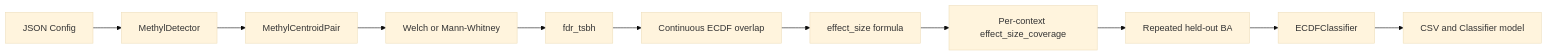
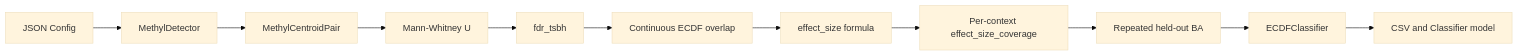
The diagram in packages/methyldetector/docs/METHYLDETECTOR_IMPLEMENTATION.md (Goliath-Research/GoliathWorkflow), drawn with Mermaid (base theme) before and after one commit. The commit also changed other lines of this file and 27 other files, not shown here.

````diff
--- a/packages/methyldetector/docs/METHYLDETECTOR_IMPLEMENTATION.md
+++ b/packages/methyldetector/docs/METHYLDETECTOR_IMPLEMENTATION.md
@@ -12,25 +12,25 @@
 ```mermaid
 flowchart LR
     Config[JSON Config]
     Detector[MethylDetector]
     Pair[MethylCentroidPair]
-    Welch[Welch or Mann-Whitney]
+    MWU[Mann-Whitney U]
     FDR[fdr_tsbh]
     ECDF[Continuous ECDF overlap]
     Effect[effect_size formula]
     Filter[Per-context effect_size_coverage]
     Holdout[Repeated held-out BA]
     Clf[ECDFClassifier]
     Out[CSV and Classifier model]
 
     Config --> Detector
     Detector --> Pair
-    Pair --> Welch
-    Welch --> FDR
+    Pair --> MWU
+    MWU --> FDR
     FDR --> ECDF
     ECDF --> Effect
     Effect --> Filter
     Filter --> Holdout
     Holdout --> Clf
     Clf --> Out
 ```
````
